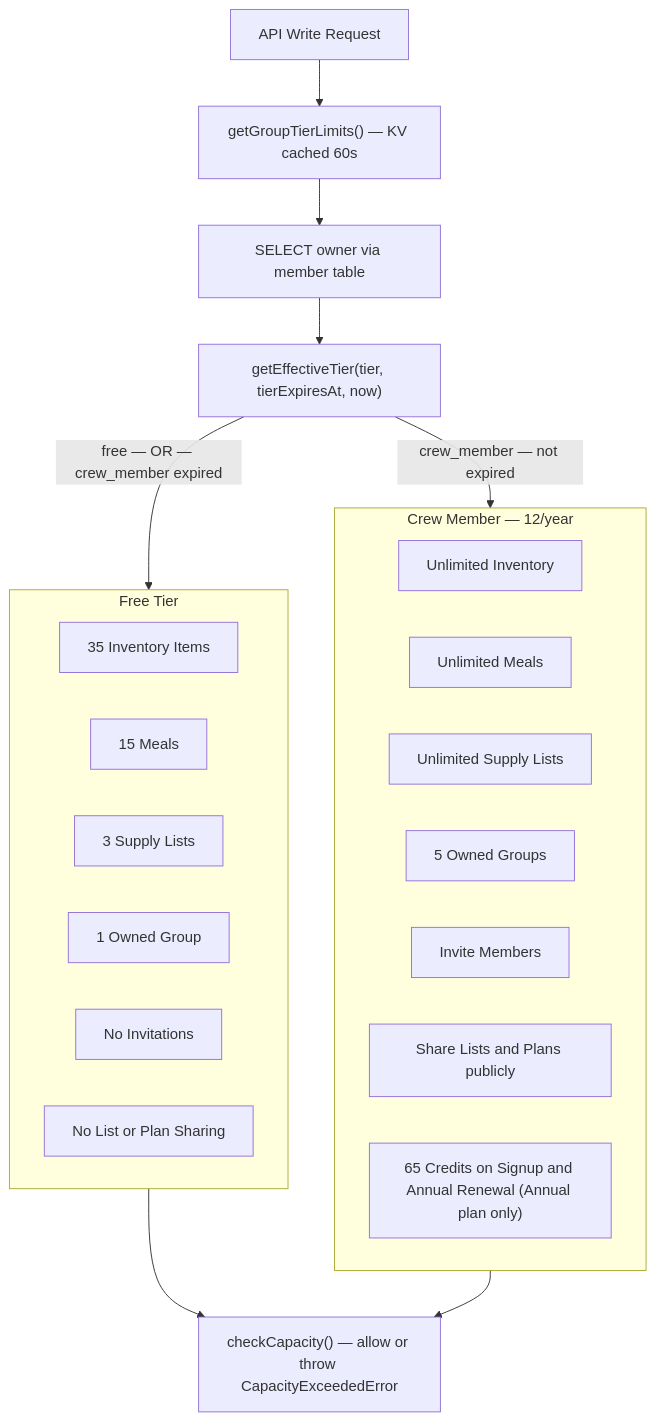
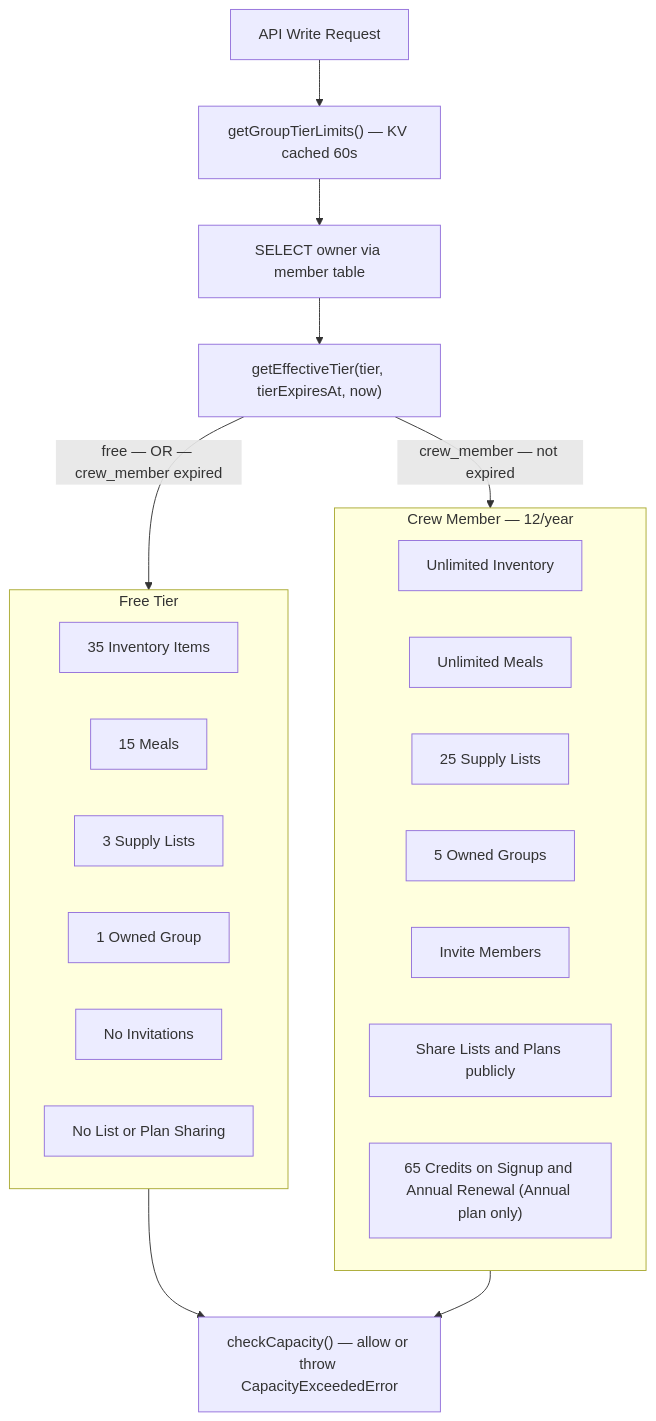
Before and after one commit to bjamesdowning/ration-mirror: diagram 21 of 24 in README.md, drawn with Mermaid. The commit also changed other lines of this file and 120 other files, not shown here.

````diff
--- a/README.md
+++ b/README.md
@@ -1530,31 +1574,31 @@
 ```mermaid
 flowchart TB
     subgraph FreeTier["Free Tier"]
         F1["35 Inventory Items"]
         F2["15 Meals"]
         F3["3 Supply Lists"]
         F4["1 Owned Group"]
         F5["No Invitations"]
         F6["No List or Plan Sharing"]
     end
 
     subgraph CrewTier["Crew Member — 12/year"]
         C1["Unlimited Inventory"]
         C2["Unlimited Meals"]
-        C3["Unlimited Supply Lists"]
+        C3["25 Supply Lists"]
         C4["5 Owned Groups"]
         C5["Invite Members"]
         C6["Share Lists and Plans publicly"]
         C7["65 Credits on Signup and Annual Renewal (Annual plan only)"]
     end
 
     CheckRequest["API Write Request"] --> GetTier["getGroupTierLimits() — KV cached 60s"]
     GetTier --> FindOwner["SELECT owner via member table"]
     FindOwner --> CheckExpiry["getEffectiveTier(tier, tierExpiresAt, now)"]
 
     CheckExpiry -->|"crew_member — not expired"| CrewTier
     CheckExpiry -->|"free — OR — crew_member expired"| FreeTier
 
     FreeTier --> Enforce["checkCapacity() — allow or throw CapacityExceededError"]
     CrewTier --> Enforce
 ```
````
